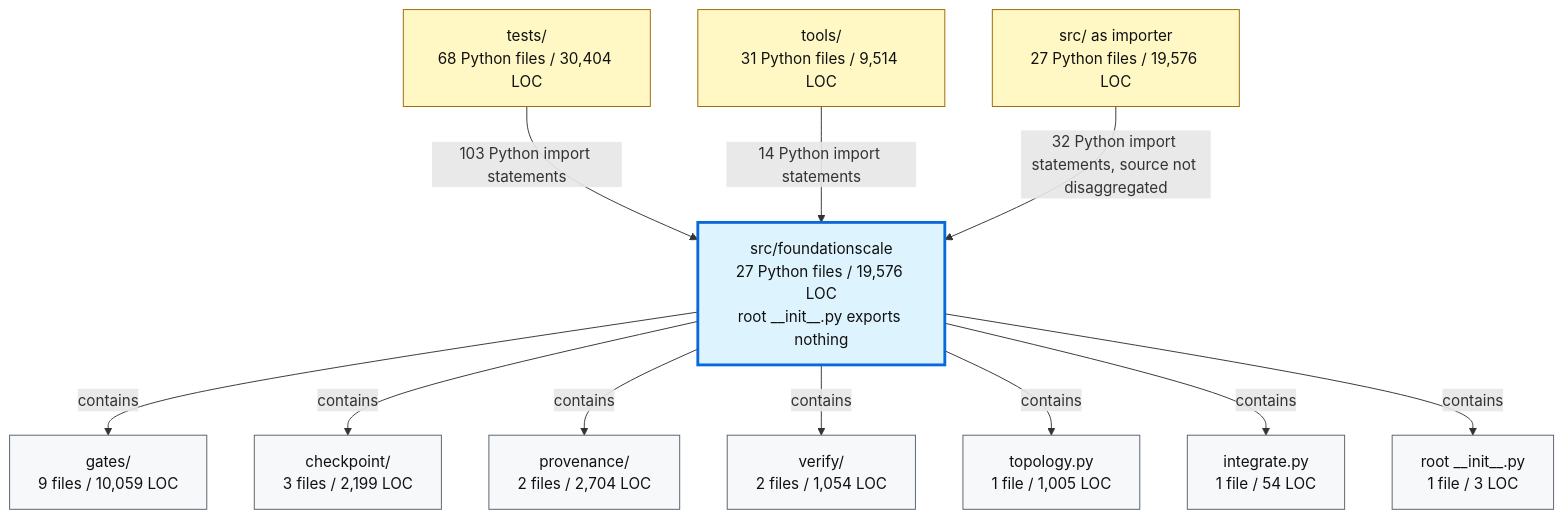
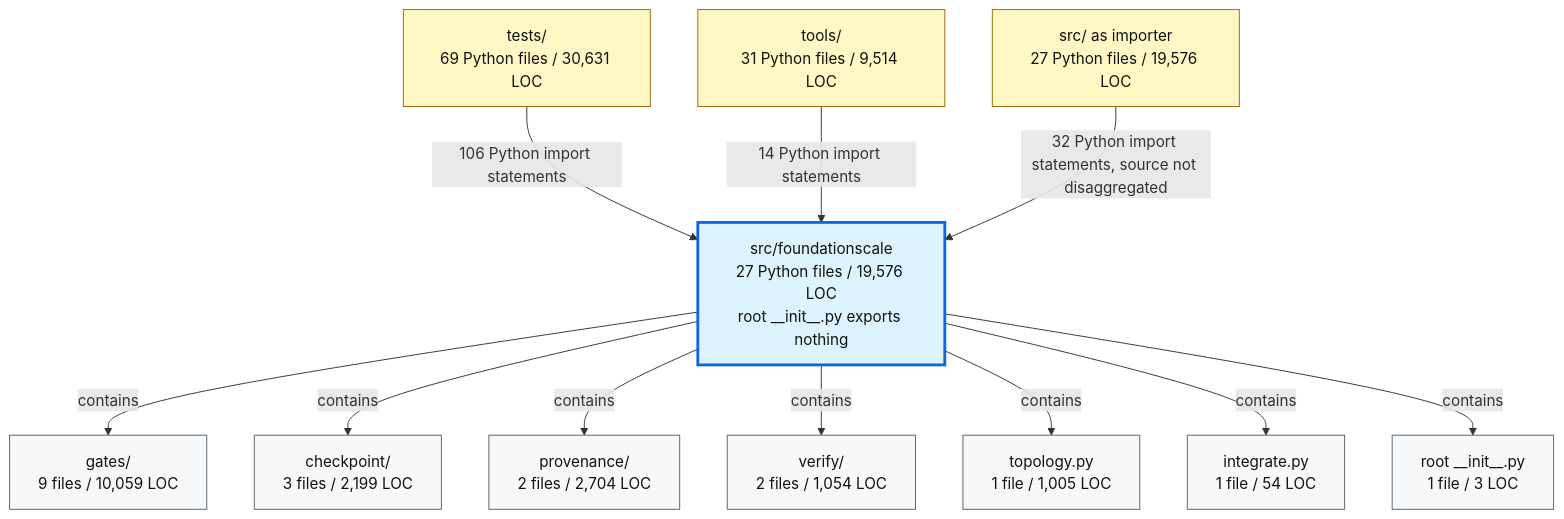
The second of 2 diagrams in docs/review/D2_current_architecture.md (TranNhiem/FoundationScale), drawn with Mermaid before and after one commit. The commit also changed 10 other files, not shown here.

````diff
--- a/docs/review/D2_current_architecture.md
+++ b/docs/review/D2_current_architecture.md
@@ -97,36 +97,36 @@
 ```mermaid
 flowchart TB
-  TESTS["tests/<br/>68 Python files / 30,404 LOC"]
+  TESTS["tests/<br/>69 Python files / 30,631 LOC"]
   TOOLS["tools/<br/>31 Python files / 9,514 LOC"]
   SRC["src/ as importer<br/>27 Python files / 19,576 LOC"]
 
   FS["src/foundationscale<br/>27 Python files / 19,576 LOC<br/>root __init__.py exports nothing"]
 
   GATES["gates/<br/>9 files / 10,059 LOC"]
   CKPT["checkpoint/<br/>3 files / 2,199 LOC"]
   PROV["provenance/<br/>2 files / 2,704 LOC"]
   VERIFY["verify/<br/>2 files / 1,054 LOC"]
   TOPO["topology.py<br/>1 file / 1,005 LOC"]
   INTEG["integrate.py<br/>1 file / 54 LOC"]
   ROOT["root __init__.py<br/>1 file / 3 LOC"]
 
-  TESTS -->|"103 Python import statements"| FS
+  TESTS -->|"106 Python import statements"| FS
   TOOLS -->|"14 Python import statements"| FS
   SRC -->|"32 Python import statements, source not disaggregated"| FS
 
   FS -->|"contains"| GATES
   FS -->|"contains"| CKPT
   FS -->|"contains"| PROV
   FS -->|"contains"| VERIFY
   FS -->|"contains"| TOPO
   FS -->|"contains"| INTEG
   FS -->|"contains"| ROOT
 
   classDef consumer fill:#fff8c5,stroke:#9a6700,color:#111;
   classDef package fill:#ddf4ff,stroke:#0969da,stroke-width:3px,color:#111;
   classDef module fill:#f6f8fa,stroke:#57606a,color:#111;
 
   class TESTS,TOOLS,SRC consumer;
   class FS package;
   class GATES,CKPT,PROV,VERIFY,TOPO,INTEG,ROOT module;
 ```
````
